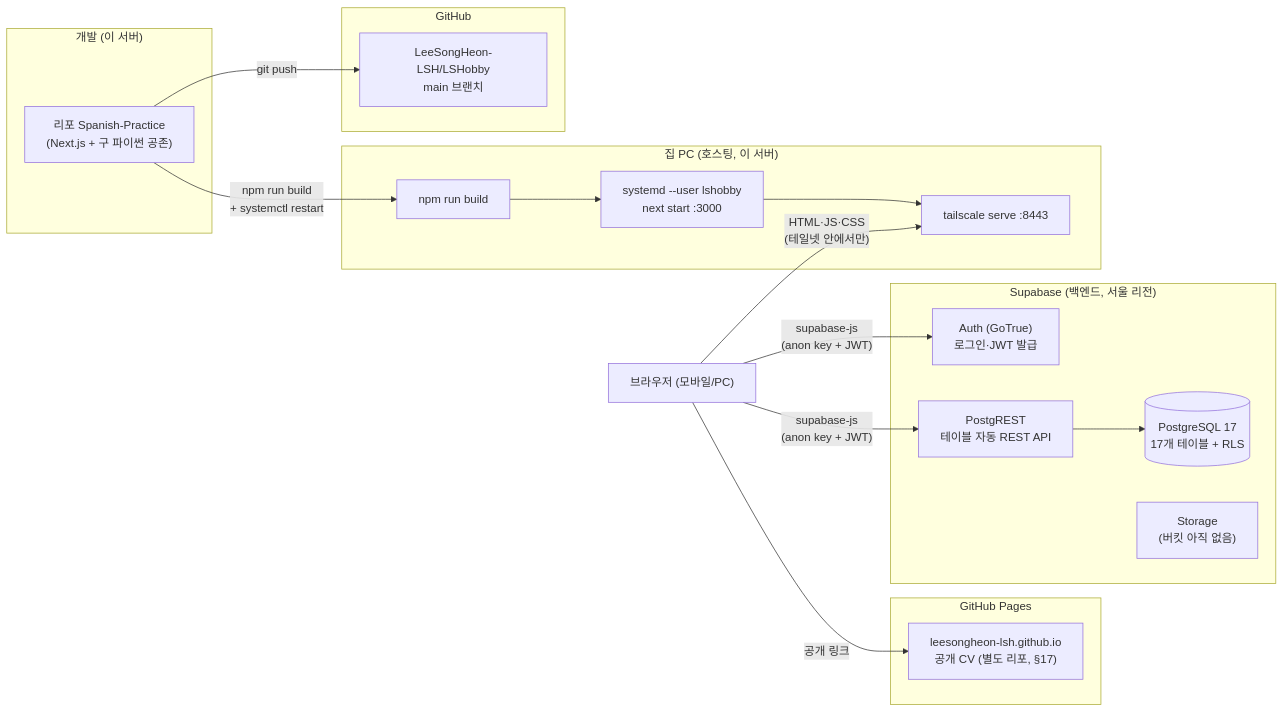
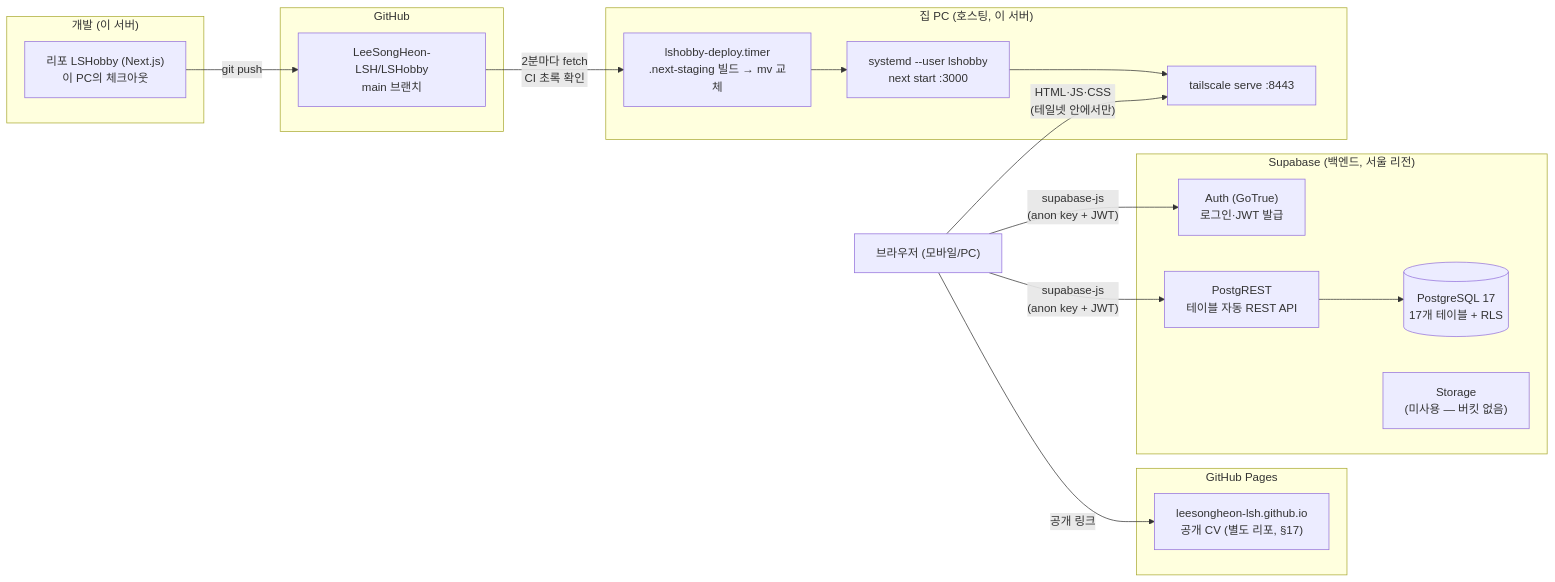
One commit to LeeSongHeon-LSH/LSHobby changed the first of 3 diagrams in docs/16-infra.md. Above: the diagram before and after it, drawn with Mermaid. The commit also changed other lines of this file and 17 other files, not shown here.

````diff
--- a/docs/16-infra.md
+++ b/docs/16-infra.md
@@ -9,31 +11,31 @@
 ```mermaid
 flowchart LR
     subgraph dev["개발 (이 서버)"]
-        CODE["리포 Spanish-Practice<br/>(Next.js + 구 파이썬 공존)"]
+        CODE["리포 LSHobby (Next.js)<br/>이 PC의 체크아웃"]
     end
     subgraph gh["GitHub"]
         REPO["LeeSongHeon-LSH/LSHobby<br/>main 브랜치"]
     end
     subgraph home["집 PC (호스팅, 이 서버)"]
-        BUILD["npm run build"]
+        BUILD["lshobby-deploy.timer<br/>.next-staging 빌드 → mv 교체"]
         PROD["systemd --user lshobby<br/>next start :3000"]
         TS["tailscale serve :8443"]
     end
     subgraph pages["GitHub Pages"]
         CV["leesongheon-lsh.github.io<br/>공개 CV (별도 리포, §17)"]
     end
     subgraph supa["Supabase (백엔드, 서울 리전)"]
         AUTH["Auth (GoTrue)<br/>로그인·JWT 발급"]
         REST["PostgREST<br/>테이블 자동 REST API"]
         DB[("PostgreSQL 17<br/>17개 테이블 + RLS")]
-        STG["Storage<br/>(버킷 아직 없음)"]
+        STG["Storage<br/>(미사용 — 버킷 없음)"]
     end
     U["브라우저 (모바일/PC)"]
 
     CODE -- git push --> REPO
-    CODE -- npm run build<br/>+ systemctl restart --> BUILD --> PROD --> TS
+    REPO -- 2분마다 fetch<br/>CI 초록 확인 --> BUILD --> PROD --> TS
     U -- "HTML·JS·CSS<br/>(테일넷 안에서만)" --> TS
     U -- supabase-js<br/>(anon key + JWT) --> AUTH & REST
     REST --> DB
     U -- 공개 링크 --> CV
 ```
````
